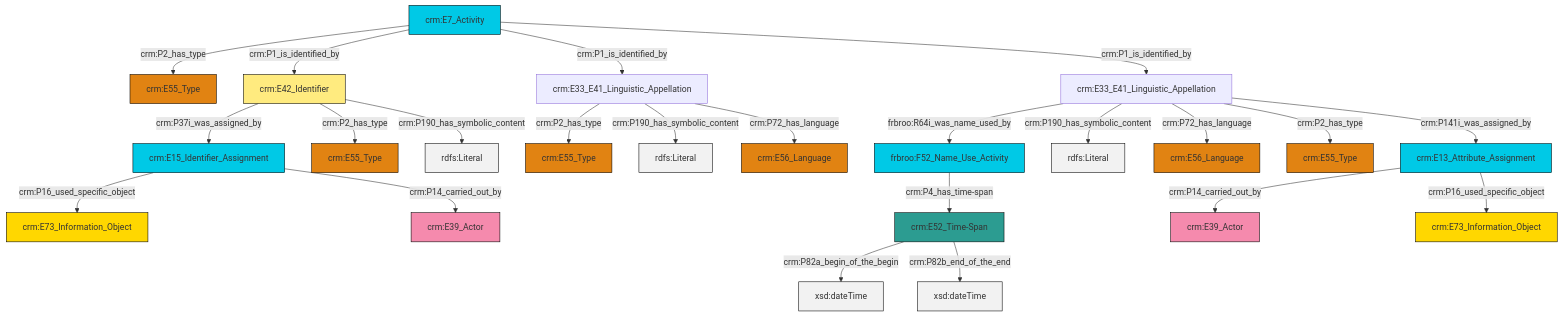
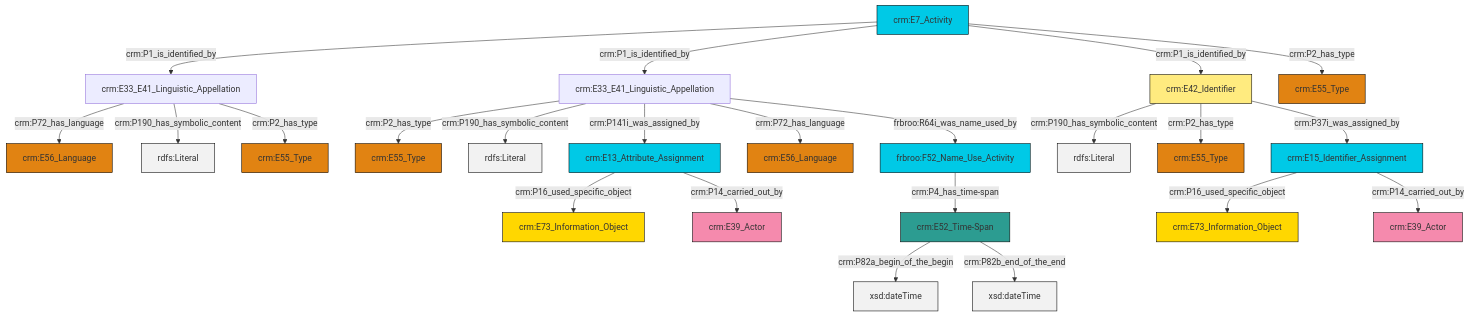
Before and after one commit to swiss-art-research-net/reference-data-models: the diagram in et/eventCSV/ttl/mmd/event_name.ttl.mmd, drawn with Mermaid. The commit also changed 128 other files, not shown here.

```diff
--- a/et/eventCSV/ttl/mmd/event_name.ttl.mmd
+++ b/et/eventCSV/ttl/mmd/event_name.ttl.mmd
@@ -1,37 +1,37 @@
 graph TD
 classDef Literal fill:#f2f2f2,stroke:#000000;
 classDef CRM_Entity fill:#FFFFFF,stroke:#000000;
 classDef Temporal_Entity fill:#00C9E6, stroke:#000000;
 classDef Type fill:#E18312, stroke:#000000;
 classDef Time-Span fill:#2C9C91, stroke:#000000;
 classDef Appellation fill:#FFEB7F, stroke:#000000;
 classDef Place fill:#008836, stroke:#000000;
 classDef Persistent_Item fill:#B266B2, stroke:#000000;
 classDef Conceptual_Object fill:#FFD700, stroke:#000000;
 classDef Physical_Thing fill:#D2B48C, stroke:#000000;
 classDef Actor fill:#f58aad, stroke:#000000;
 classDef PC_Classes fill:#4ce600, stroke:#000000;
 classDef Multi fill:#cccccc,stroke:#000000;
 
-4["crm:E42_Identifier"]:::Appellation -->|crm:P37i_was_assigned_by| 5["crm:E15_Identifier_Assignment"]:::Temporal_Entity
-6["crm:E33_E41_Linguistic_Appellation"]:::Default -->|crm:P2_has_type| 7["crm:E55_Type"]:::Type
-6["crm:E33_E41_Linguistic_Appellation"]:::Default -->|crm:P190_has_symbolic_content| 8[rdfs:Literal]:::Literal
-4["crm:E42_Identifier"]:::Appellation -->|crm:P2_has_type| 0["crm:E55_Type"]:::Type
-5["crm:E15_Identifier_Assignment"]:::Temporal_Entity -->|crm:P16_used_specific_object| 9["crm:E73_Information_Object"]:::Conceptual_Object
-2["crm:E33_E41_Linguistic_Appellation"]:::Default -->|frbroo:R64i_was_name_used_by| 10["frbroo:F52_Name_Use_Activity"]:::Temporal_Entity
-14["crm:E7_Activity"]:::Temporal_Entity -->|crm:P2_has_type| 15["crm:E55_Type"]:::Type
-14["crm:E7_Activity"]:::Temporal_Entity -->|crm:P1_is_identified_by| 4["crm:E42_Identifier"]:::Appellation
-17["crm:E52_Time-Span"]:::Time-Span -->|crm:P82a_begin_of_the_begin| 22[xsd:dateTime]:::Literal
-5["crm:E15_Identifier_Assignment"]:::Temporal_Entity -->|crm:P14_carried_out_by| 25["crm:E39_Actor"]:::Actor
-4["crm:E42_Identifier"]:::Appellation -->|crm:P190_has_symbolic_content| 26[rdfs:Literal]:::Literal
-17["crm:E52_Time-Span"]:::Time-Span -->|crm:P82b_end_of_the_end| 27[xsd:dateTime]:::Literal
-10["frbroo:F52_Name_Use_Activity"]:::Temporal_Entity -->|crm:P4_has_time-span| 17["crm:E52_Time-Span"]:::Time-Span
-2["crm:E33_E41_Linguistic_Appellation"]:::Default -->|crm:P190_has_symbolic_content| 28[rdfs:Literal]:::Literal
-23["crm:E13_Attribute_Assignment"]:::Temporal_Entity -->|crm:P14_carried_out_by| 12["crm:E39_Actor"]:::Actor
-23["crm:E13_Attribute_Assignment"]:::Temporal_Entity -->|crm:P16_used_specific_object| 34["crm:E73_Information_Object"]:::Conceptual_Object
-2["crm:E33_E41_Linguistic_Appellation"]:::Default -->|crm:P72_has_language| 32["crm:E56_Language"]:::Type
-14["crm:E7_Activity"]:::Temporal_Entity -->|crm:P1_is_identified_by| 6["crm:E33_E41_Linguistic_Appellation"]:::Default
-6["crm:E33_E41_Linguistic_Appellation"]:::Default -->|crm:P72_has_language| 29["crm:E56_Language"]:::Type
-2["crm:E33_E41_Linguistic_Appellation"]:::Default -->|crm:P2_has_type| 40["crm:E55_Type"]:::Type
-2["crm:E33_E41_Linguistic_Appellation"]:::Default -->|crm:P141i_was_assigned_by| 23["crm:E13_Attribute_Assignment"]:::Temporal_Entity
-14["crm:E7_Activity"]:::Temporal_Entity -->|crm:P1_is_identified_by| 2["crm:E33_E41_Linguistic_Appellation"]:::Default
+0["crm:E7_Activity"]:::Temporal_Entity -->|crm:P1_is_identified_by| 1["crm:E33_E41_Linguistic_Appellation"]:::Default
+1["crm:E33_E41_Linguistic_Appellation"]:::Default -->|crm:P72_has_language| 3["crm:E56_Language"]:::Type
+4["crm:E42_Identifier"]:::Appellation -->|crm:P190_has_symbolic_content| 5[rdfs:Literal]:::Literal
+15["crm:E15_Identifier_Assignment"]:::Temporal_Entity -->|crm:P16_used_specific_object| 13["crm:E73_Information_Object"]:::Conceptual_Object
+4["crm:E42_Identifier"]:::Appellation -->|crm:P2_has_type| 16["crm:E55_Type"]:::Type
+1["crm:E33_E41_Linguistic_Appellation"]:::Default -->|crm:P190_has_symbolic_content| 17[rdfs:Literal]:::Literal
+18["crm:E33_E41_Linguistic_Appellation"]:::Default -->|crm:P2_has_type| 19["crm:E55_Type"]:::Type
+20["crm:E13_Attribute_Assignment"]:::Temporal_Entity -->|crm:P16_used_specific_object| 21["crm:E73_Information_Object"]:::Conceptual_Object
+18["crm:E33_E41_Linguistic_Appellation"]:::Default -->|crm:P190_has_symbolic_content| 22[rdfs:Literal]:::Literal
+24["crm:E52_Time-Span"]:::Time-Span -->|crm:P82a_begin_of_the_begin| 25[xsd:dateTime]:::Literal
+18["crm:E33_E41_Linguistic_Appellation"]:::Default -->|crm:P141i_was_assigned_by| 20["crm:E13_Attribute_Assignment"]:::Temporal_Entity
+24["crm:E52_Time-Span"]:::Time-Span -->|crm:P82b_end_of_the_end| 28[xsd:dateTime]:::Literal
+0["crm:E7_Activity"]:::Temporal_Entity -->|crm:P1_is_identified_by| 18["crm:E33_E41_Linguistic_Appellation"]:::Default
+1["crm:E33_E41_Linguistic_Appellation"]:::Default -->|crm:P2_has_type| 11["crm:E55_Type"]:::Type
+4["crm:E42_Identifier"]:::Appellation -->|crm:P37i_was_assigned_by| 15["crm:E15_Identifier_Assignment"]:::Temporal_Entity
+0["crm:E7_Activity"]:::Temporal_Entity -->|crm:P1_is_identified_by| 4["crm:E42_Identifier"]:::Appellation
+18["crm:E33_E41_Linguistic_Appellation"]:::Default -->|crm:P72_has_language| 37["crm:E56_Language"]:::Type
+18["crm:E33_E41_Linguistic_Appellation"]:::Default -->|frbroo:R64i_was_name_used_by| 9["frbroo:F52_Name_Use_Activity"]:::Temporal_Entity
+9["frbroo:F52_Name_Use_Activity"]:::Temporal_Entity -->|crm:P4_has_time-span| 24["crm:E52_Time-Span"]:::Time-Span
+15["crm:E15_Identifier_Assignment"]:::Temporal_Entity -->|crm:P14_carried_out_by| 7["crm:E39_Actor"]:::Actor
+0["crm:E7_Activity"]:::Temporal_Entity -->|crm:P2_has_type| 26["crm:E55_Type"]:::Type
+20["crm:E13_Attribute_Assignment"]:::Temporal_Entity -->|crm:P14_carried_out_by| 35["crm:E39_Actor"]:::Actor
```
